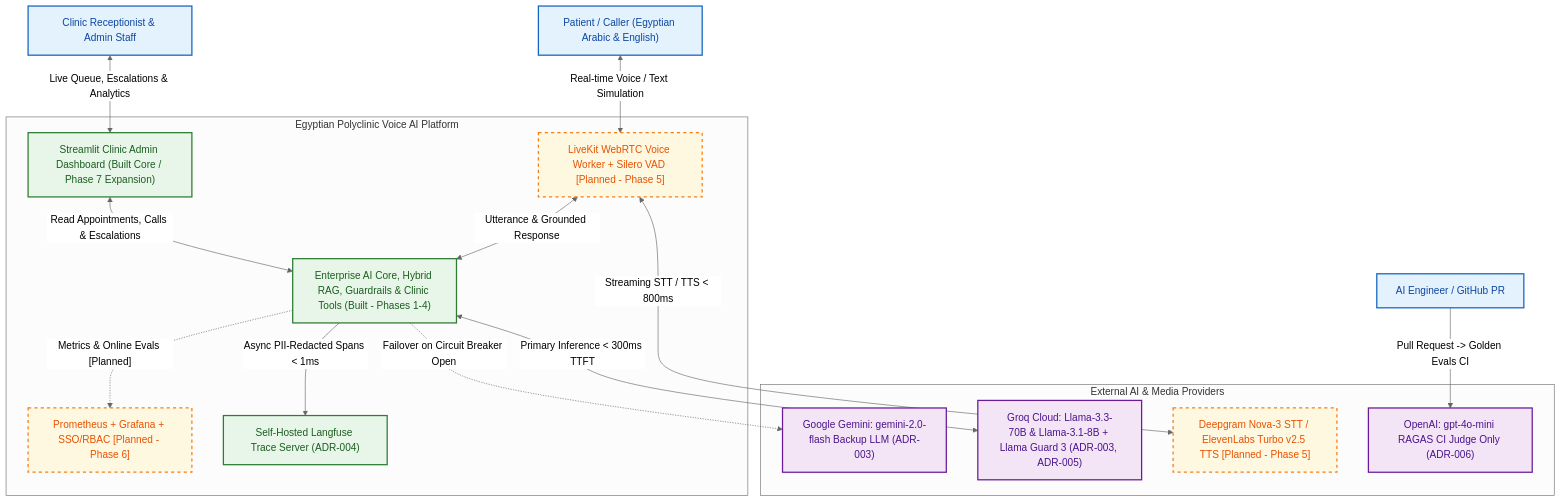
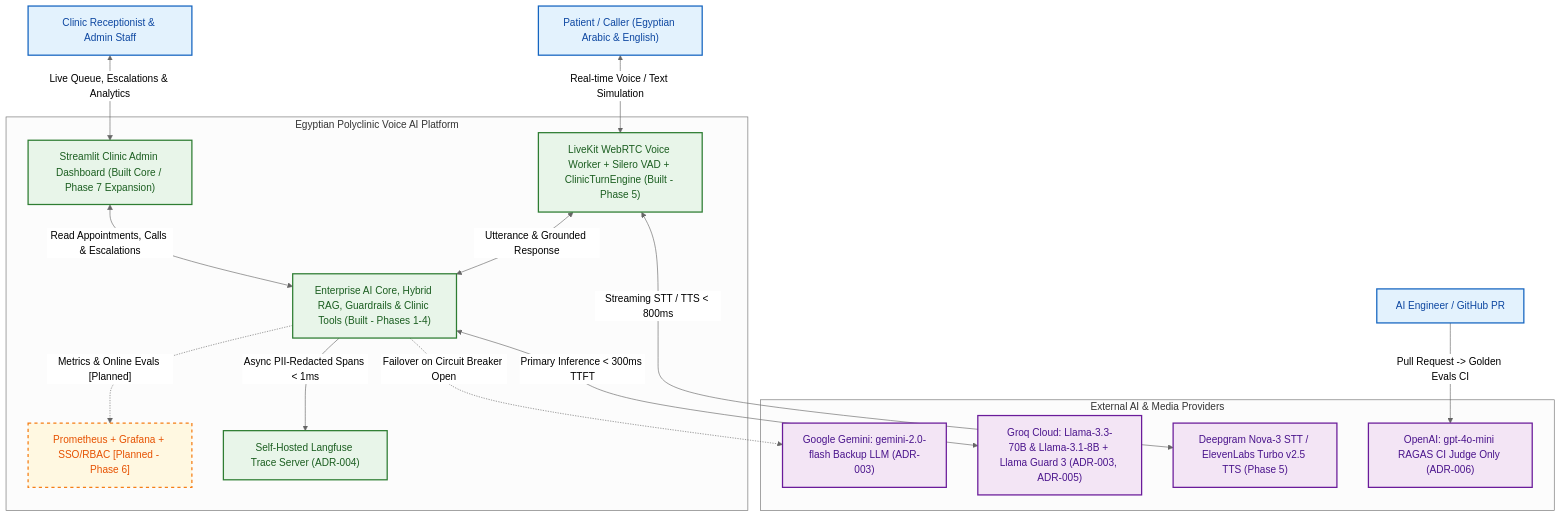
The first of 6 diagrams in spec/architecture.md (MaahmoudAbdelghany/Voice_Agent), drawn with Mermaid (neutral theme) before and after one commit. The commit also changed other lines of this file and 43 other files, not shown here.

Commit message:
fix(phase5): resolve deep-review security, architecture, test isolation, and docs findings

````diff
--- a/spec/architecture.md
+++ b/spec/architecture.md
@@ -26,37 +26,37 @@
 ```mermaid
 flowchart TB
     classDef built fill:#e8f5e9,stroke:#2e7d32,stroke-width:2px,color:#1b5e20
     classDef planned fill:#fff8e1,stroke:#f57f17,stroke-width:2px,stroke-dasharray: 5 5,color:#e65100
     classDef actor fill:#e3f2fd,stroke:#1565c0,stroke-width:2px,color:#0d47a1
     classDef external fill:#f3e5f5,stroke:#6a1b9a,stroke-width:2px,color:#4a148c
 
     Caller["Patient / Caller (Egyptian Arabic & English)"]:::actor
     Receptionist["Clinic Receptionist & Admin Staff"]:::actor
     Developer["AI Engineer / GitHub PR"]:::actor
 
     subgraph ClinicPlatform["Egyptian Polyclinic Voice AI Platform"]
-        VoiceWorker["LiveKit WebRTC Voice Worker + Silero VAD [Planned - Phase 5]"]:::planned
+        VoiceWorker["LiveKit WebRTC Voice Worker + Silero VAD + ClinicTurnEngine (Built - Phase 5)"]:::built
         AICore["Enterprise AI Core, Hybrid RAG, Guardrails & Clinic Tools (Built - Phases 1-4)"]:::built
         AdminUI["Streamlit Clinic Admin Dashboard (Built Core / Phase 7 Expansion)"]:::built
         Langfuse["Self-Hosted Langfuse Trace Server (ADR-004)"]:::built
         Observability["Prometheus + Grafana + SSO/RBAC [Planned - Phase 6]"]:::planned
     end
 
     subgraph CloudProviders["External AI & Media Providers"]
-        Deepgram["Deepgram Nova-3 STT / ElevenLabs Turbo v2.5 TTS [Planned - Phase 5]"]:::planned
+        Deepgram["Deepgram Nova-3 STT / ElevenLabs Turbo v2.5 TTS (Phase 5)"]:::external
         Groq["Groq Cloud: Llama-3.3-70B & Llama-3.1-8B + Llama Guard 3 (ADR-003, ADR-005)"]:::external
         Gemini["Google Gemini: gemini-2.0-flash Backup LLM (ADR-003)"]:::external
         OpenAIJudge["OpenAI: gpt-4o-mini RAGAS CI Judge Only (ADR-006)"]:::external
     end
 
     Caller <-->|"Real-time Voice / Text Simulation"| VoiceWorker
     VoiceWorker <-->|"Streaming STT / TTS < 800ms"| Deepgram
     VoiceWorker <-->|"Utterance & Grounded Response"| AICore
     AICore <-->|"Primary Inference < 300ms TTFT"| Groq
     AICore -.->|"Failover on Circuit Breaker Open"| Gemini
     AICore -->|"Async PII-Redacted Spans < 1ms"| Langfuse
     AICore -.->|"Metrics & Online Evals [Planned]"| Observability
     Receptionist <-->|"Live Queue, Escalations & Analytics"| AdminUI
     AdminUI <-->|"Read Appointments, Calls & Escalations"| AICore
     Developer -->|"Pull Request -> Golden Evals CI"| OpenAIJudge
 ```
````
